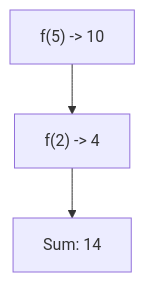
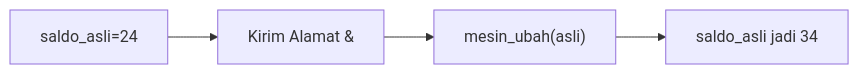
Before and after one commit to amnahwaida/OSNK_INF_PREP: diagram 11 of 25 in part-c-pemahaman-cpp/04-fungsi/latihan/set-05.md, drawn with Mermaid. The commit also changed other lines of this file and 71 other files, not shown here.

````diff
--- a/part-c-pemahaman-cpp/04-fungsi/latihan/set-05.md
+++ b/part-c-pemahaman-cpp/04-fungsi/latihan/set-05.md
@@ -287,5 +301,6 @@
 ```mermaid
-graph TD
-A["f(5) -> 10"] --> B["f(2) -> 4"]
-B --> C["Sum: 14"]
+graph LR
+A["saldo_asli=24"] --> B["Kirim Alamat &"]
+B --> C["mesin_ubah(asli)"]
+C --> D["saldo_asli jadi 34"]
 ```
````
